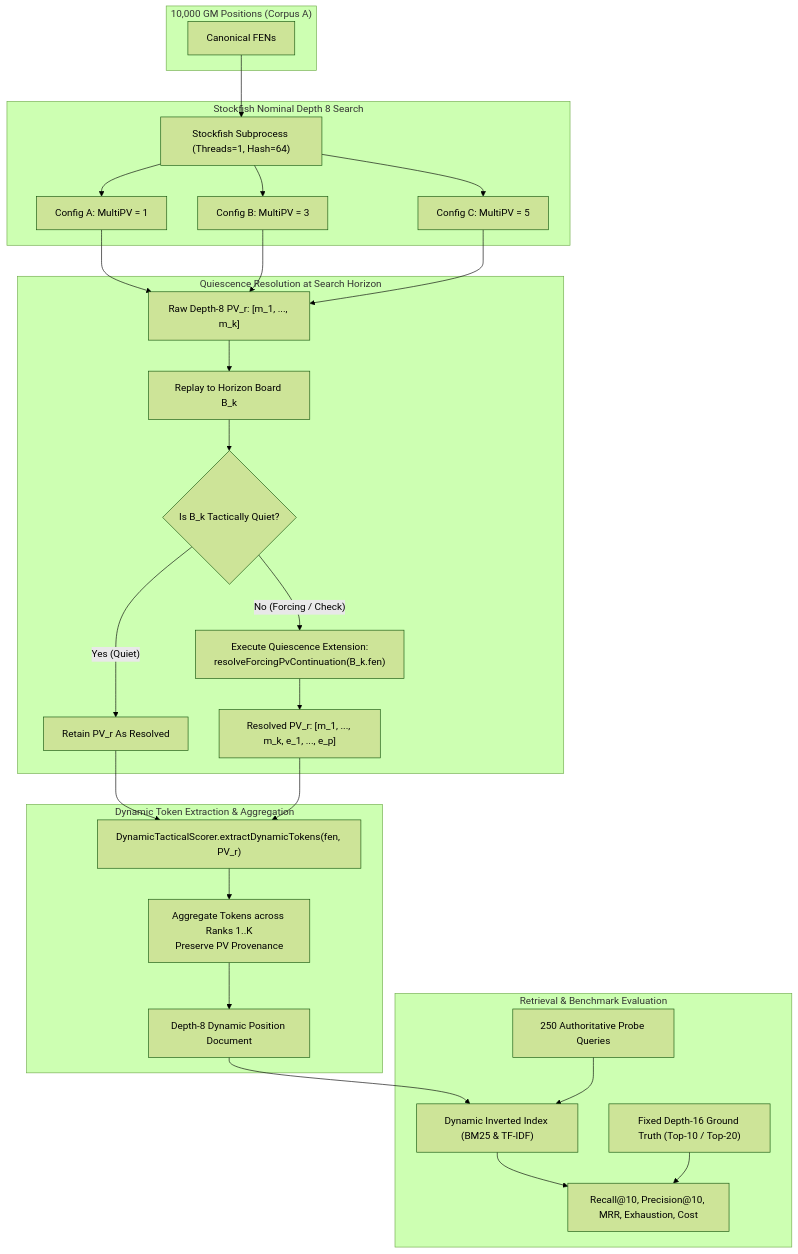
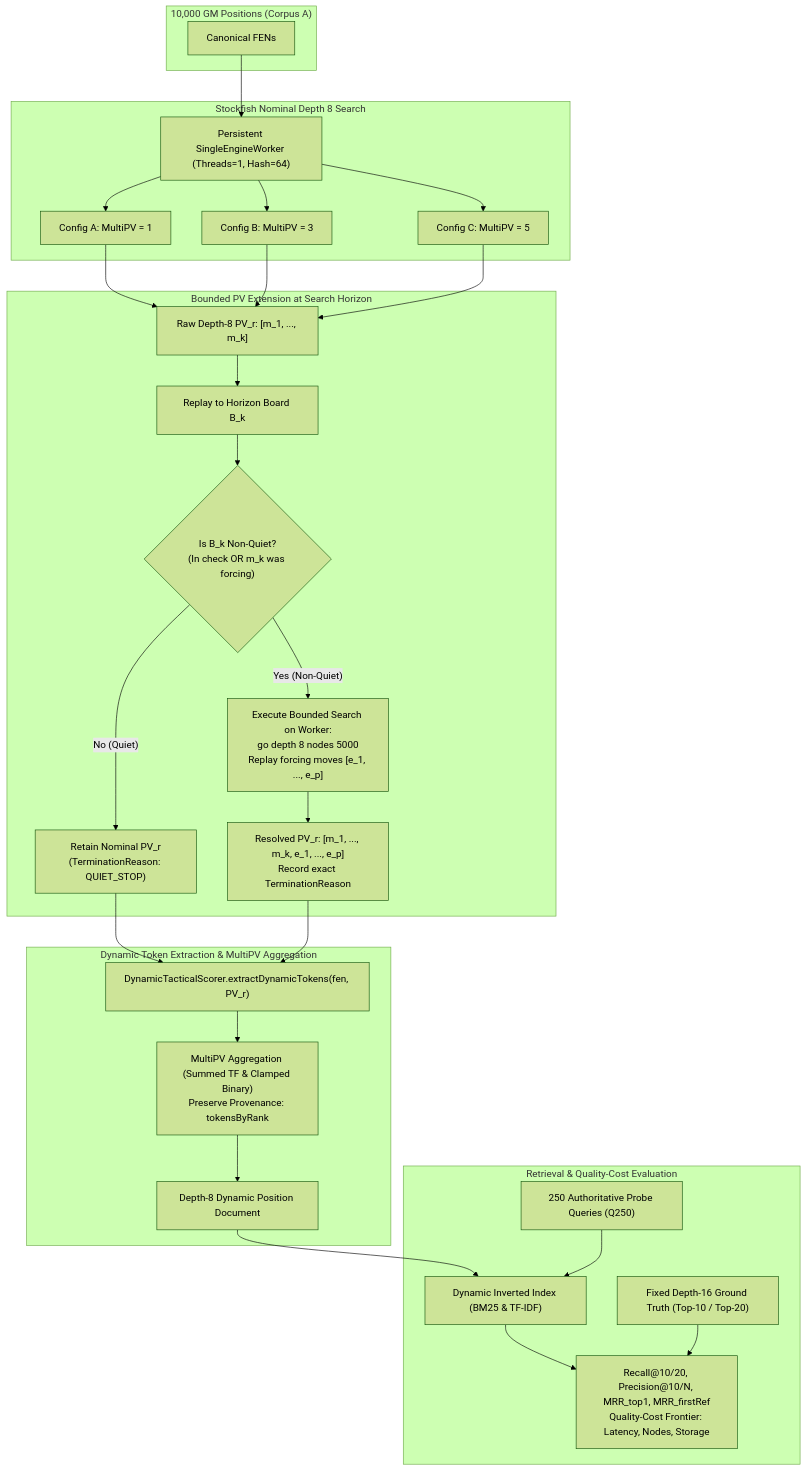
The diagram in docs/staging/specs/2026-11-06-depth-8-dynamic-token-generation.md (NathanZK/ChessEcho), drawn with Mermaid (forest theme) before and after one commit. The commit also changed other lines of this file, not shown here.

Commit message:
docs(research): revise depth-8 specification per adversarial review (#723)

````diff
--- a/docs/staging/specs/2026-11-06-depth-8-dynamic-token-generation.md
+++ b/docs/staging/specs/2026-11-06-depth-8-dynamic-token-generation.md
@@ -112,54 +112,54 @@
 ```mermaid
 flowchart TD
     subgraph Input["10,000 GM Positions (Corpus A)"]
         FEN["Canonical FENs"]
     end
 
     subgraph Search["Stockfish Nominal Depth 8 Search"]
-        SF["Stockfish Subprocess (Threads=1, Hash=64)"]
+        SF["Persistent SingleEngineWorker (Threads=1, Hash=64)"]
         ConfA["Config A: MultiPV = 1"]
         ConfB["Config B: MultiPV = 3"]
         ConfC["Config C: MultiPV = 5"]
     end
 
-    subgraph HorizonCheck["Quiescence Resolution at Search Horizon"]
+    subgraph HorizonExtension["Bounded PV Extension at Search Horizon"]
         PV["Raw Depth-8 PV_r: [m_1, ..., m_k]"]
         TermPos["Replay to Horizon Board B_k"]
-        QuietCheck{"Is B_k Tactically Quiet?"}
-        QuietYes["Retain PV_r As Resolved"]
-        QuietNo["Execute Quiescence Extension:\nresolveForcingPvContinuation(B_k.fen)"]
-        ExtendedPV["Resolved PV_r: [m_1, ..., m_k, e_1, ..., e_p]"]
+        QuietCheck{"Is B_k Non-Quiet?\n(In check OR m_k was forcing)"}
+        QuietYes["Retain Nominal PV_r\n(TerminationReason: QUIET_STOP)"]
+        QuietNo["Execute Bounded Search on Worker:\ngo depth 8 nodes 5000\nReplay forcing moves [e_1, ..., e_p]"]
+        ExtendedPV["Resolved PV_r: [m_1, ..., m_k, e_1, ..., e_p]\nRecord exact TerminationReason"]
     end
 
-    subgraph TokenGen["Dynamic Token Extraction & Aggregation"]
+    subgraph TokenGen["Dynamic Token Extraction & MultiPV Aggregation"]
         Extr["DynamicTacticalScorer.extractDynamicTokens(fen, PV_r)"]
-        Agg["Aggregate Tokens across Ranks 1..K\nPreserve PV Provenance"]
+        Agg["MultiPV Aggregation (Summed TF & Clamped Binary)\nPreserve Provenance: tokensByRank"]
         Doc["Depth-8 Dynamic Position Document"]
     end
 
-    subgraph Eval["Retrieval & Benchmark Evaluation"]
+    subgraph Eval["Retrieval & Quality-Cost Evaluation"]
         Index["Dynamic Inverted Index (BM25 & TF-IDF)"]
-        Q250["250 Authoritative Probe Queries"]
+        Q250["250 Authoritative Probe Queries (Q250)"]
         GroundTruth["Fixed Depth-16 Ground Truth (Top-10 / Top-20)"]
-        Metrics["Recall@10, Precision@10, MRR, Exhaustion, Cost"]
+        Metrics["Recall@10/20, Precision@10/N, MRR_top1, MRR_firstRef\nQuality-Cost Frontier: Latency, Nodes, Storage"]
     end
 
     FEN --> SF
     SF --> ConfA
     SF --> ConfB
     SF --> ConfC
     ConfA --> PV
     ConfB --> PV
     ConfC --> PV
     PV --> TermPos
     TermPos --> QuietCheck
-    QuietCheck -- "Yes (Quiet)" --> QuietYes
-    QuietCheck -- "No (Forcing / Check)" --> QuietNo
+    QuietCheck -- "No (Quiet)" --> QuietYes
+    QuietCheck -- "Yes (Non-Quiet)" --> QuietNo
     QuietYes --> Extr
     QuietNo --> ExtendedPV --> Extr
     Extr --> Agg --> Doc
     Doc --> Index
     Q250 --> Index
     Index --> Metrics
     GroundTruth --> Metrics
 ```
````
